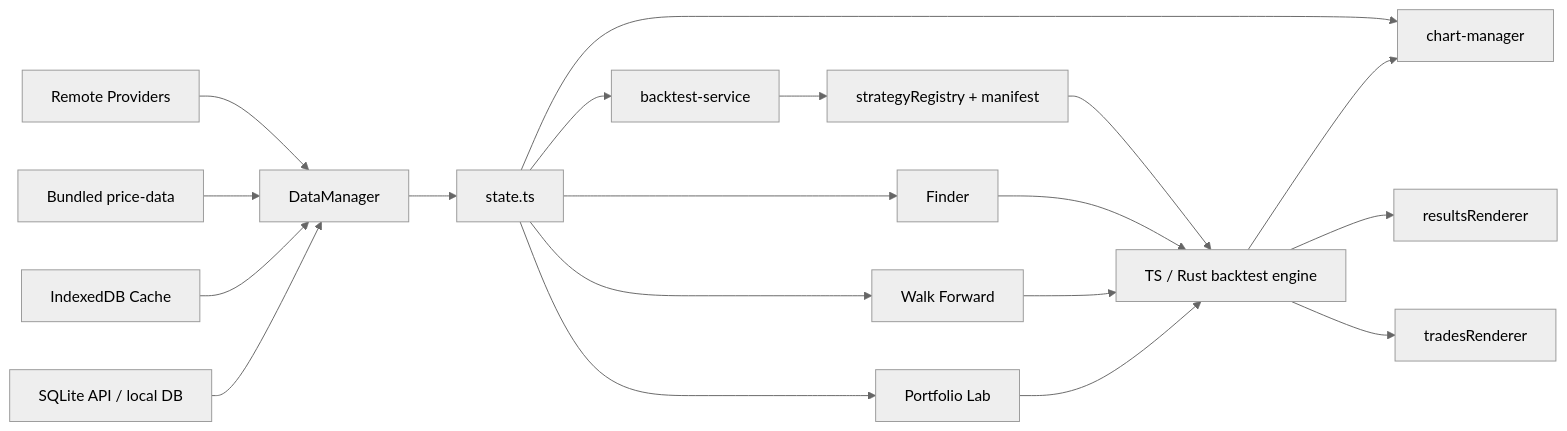
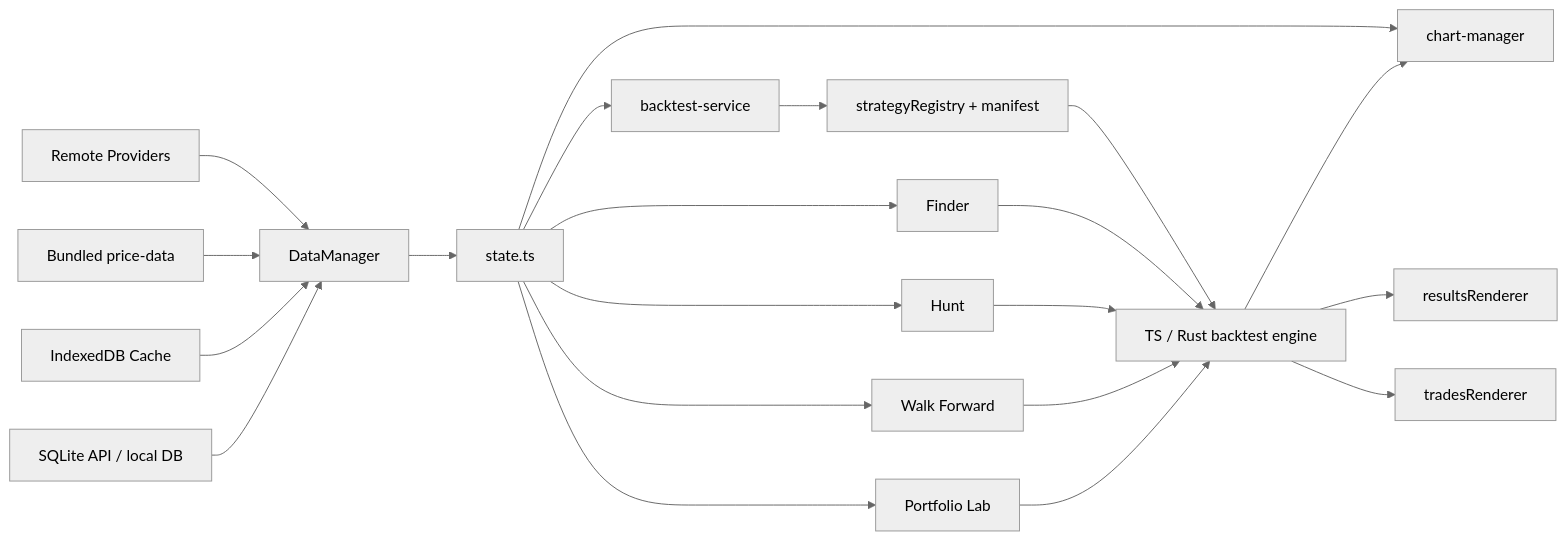
One commit to ocim128/Strategies-Finder changed the diagram in README.md. Above: the diagram before and after it, drawn with Mermaid (neutral theme). The commit also changed other lines of this file and 32 other files, not shown here.

````diff
--- a/README.md
+++ b/README.md
@@ -100,30 +102,32 @@
 ```mermaid
 flowchart LR
     A[Remote Providers]
     B[Bundled price-data]
     C[IndexedDB Cache]
     D[SQLite API / local DB]
 
     A --> E[DataManager]
     B --> E
     C --> E
     D --> E
 
     E --> F[state.ts]
     F --> G[chart-manager]
     F --> H[backtest-service]
 
     H --> I[strategyRegistry + manifest]
     I --> J[TS / Rust backtest engine]
     J --> K[resultsRenderer]
     J --> L[tradesRenderer]
     J --> G
 
     F --> M[Finder]
-    F --> N[Walk Forward]
-    F --> O[Portfolio Lab]
+    F --> N[Hunt]
+    F --> O[Walk Forward]
+    F --> P[Portfolio Lab]
 
     M --> J
     N --> J
     O --> J
+    P --> J
 ```
````
